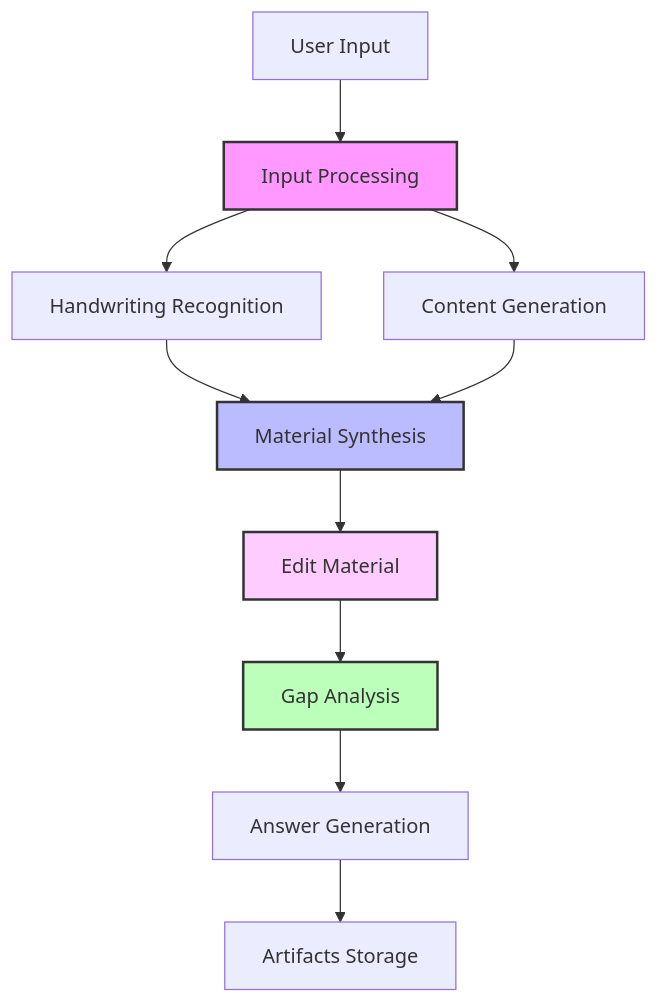
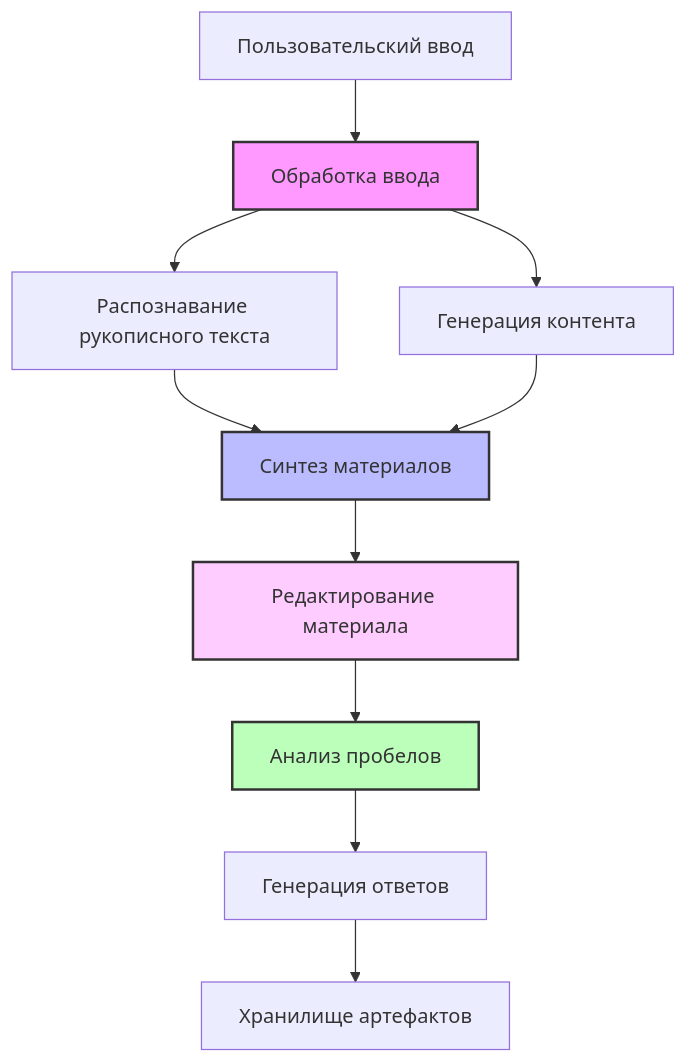
Before and after one commit to Bbar0n234/learnflow-ai: the diagram in README.md, drawn with Mermaid. The commit also changed other lines of this file and 3 other files, not shown here.

````diff
--- a/README.md
+++ b/README.md
@@ -82,17 +86,17 @@
 ```mermaid
 graph TD
-    A[User Input] --> B[Input Processing]
-    B --> C[Content Generation]
-    B --> D[Handwriting Recognition]
-    D --> E[Material Synthesis]
+    A[Пользовательский ввод] --> B[Обработка ввода]
+    B --> C[Генерация контента]
+    B --> D[Распознавание рукописного текста]
+    D --> E[Синтез материалов]
     C --> E
-    E --> F[Edit Material]
-    F --> G[Gap Analysis]
-    G --> H[Answer Generation]
-    H --> I[Artifacts Storage]
+    E --> F[Редактирование материала]
+    F --> G[Анализ пробелов]
+    G --> H[Генерация ответов]
+    H --> I[Хранилище артефактов]
     
     style B fill:#f9f,stroke:#333,stroke-width:2px
     style E fill:#bbf,stroke:#333,stroke-width:2px
     style F fill:#fcf,stroke:#333,stroke-width:2px
     style G fill:#bfb,stroke:#333,stroke-width:2px
 ```
````
